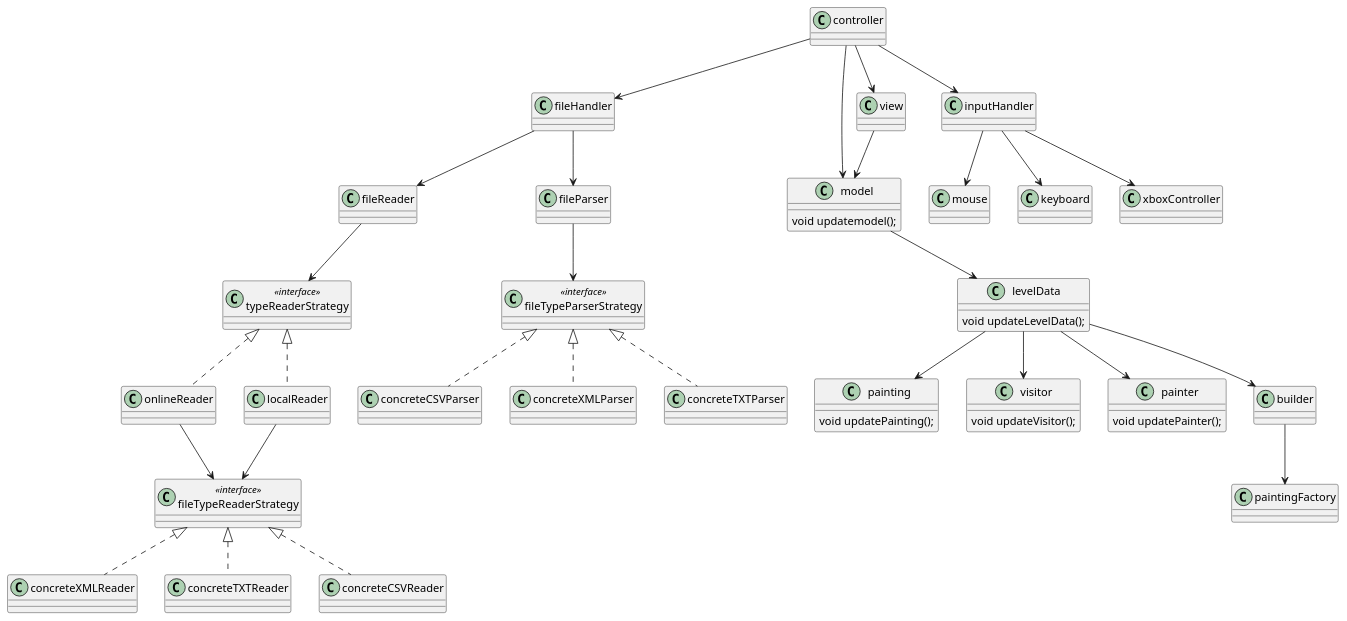
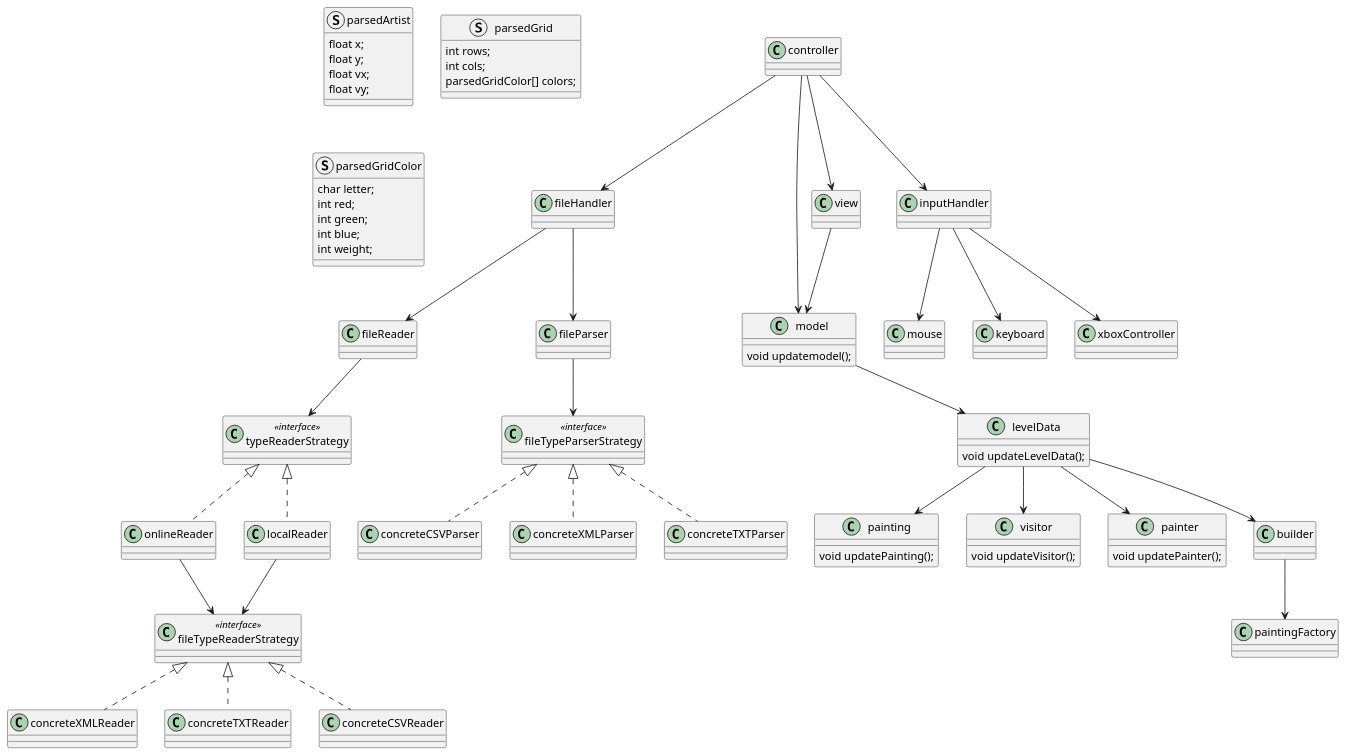
The diagram in classDiagram.puml (heavydragon99/AlgaDepa_Assesment), drawn with PlantUML before and after one commit.

Commit message:
Architectural changes

```diff
--- a/classDiagram.puml
+++ b/classDiagram.puml
@@ -1,142 +1,164 @@
 @startuml
 
 class fileHandler {
 }
 
 class fileReader {
 }
 
 class fileParser {
 }
 
 class fileTypeReaderStrategy <<interface>>{
-    
+
 }
 
 class typeReaderStrategy <<interface>>{
-    
+
 }
 
 class fileTypeParserStrategy <<interface>>{
-    
+
 }
 
 class concreteCSVParser {
 }
 
 class concreteXMLParser {
 }
 
 class concreteTXTParser {
 }
 
 class onlineReader {
 
 }
 
 class localReader {
 }
 
 class concreteXMLReader {
 }
 
 class concreteTXTReader {
 }
 
 class concreteCSVReader {
 }
 
 class controller{
 
 }
 
 class model{
     void updatemodel();
 }
 
 class levelData{
     void updateLevelData();
 }
 
 class painting{
     void updatePainting();
 }
 
 class visitor{
     void updateVisitor();
 }
 
 class painter{
     void updatePainter();
 }
 
 class inputHandler{
 }
 
 class mouse{
     ' use 3rd party library to get mouse coordinates and translate to generic data
 }
 
 class keyboard{
     ' use 3rd party library to get keyboard input and translate to generic data
 }
 
 class xboxController{
     ' use 3rd party library to get xbox controller input and translate to generic data
 }
 
 class builder{}
 
 class paintingFactory{}
 
 class view{}
 
+struct parsedArtist{
+    float x;
+    float y;
+    float vx;
+    float vy;
+}
 
+' vector<char> parsedPainting()
+
+struct parsedGrid{
+    int rows;
+    int cols;
+    parsedGridColor[] colors;
+
+}
+
+struct parsedGridColor{
+    char letter;
+    int red;
+    int green;
+    int blue;
+    int weight;
+}
 
 
 controller --> fileHandler
 controller --> model
 controller --> inputHandler
 controller --> view
 view --> model
 
 ' model
 model --> levelData
 levelData --> painting
 levelData --> visitor
 levelData --> painter
 
 levelData --> builder
 
 builder --> paintingFactory
 
 
 ' filehandler
 fileHandler --> fileReader
 
 ' Reader
 fileReader --> typeReaderStrategy
 
 typeReaderStrategy <|.. onlineReader
 typeReaderStrategy <|.. localReader
 
 onlineReader --> fileTypeReaderStrategy
 localReader --> fileTypeReaderStrategy
 
 fileTypeReaderStrategy <|.. concreteXMLReader
 fileTypeReaderStrategy <|.. concreteTXTReader
 fileTypeReaderStrategy <|.. concreteCSVReader
 
 ' Parser
 fileHandler --> fileParser
 fileParser --> fileTypeParserStrategy
 fileTypeParserStrategy <|.. concreteCSVParser
 fileTypeParserStrategy <|.. concreteXMLParser
 fileTypeParserStrategy <|.. concreteTXTParser
 
 
 ' inputHandler
 inputHandler --> mouse
 inputHandler --> keyboard
 inputHandler --> xboxController
 @enduml
```
